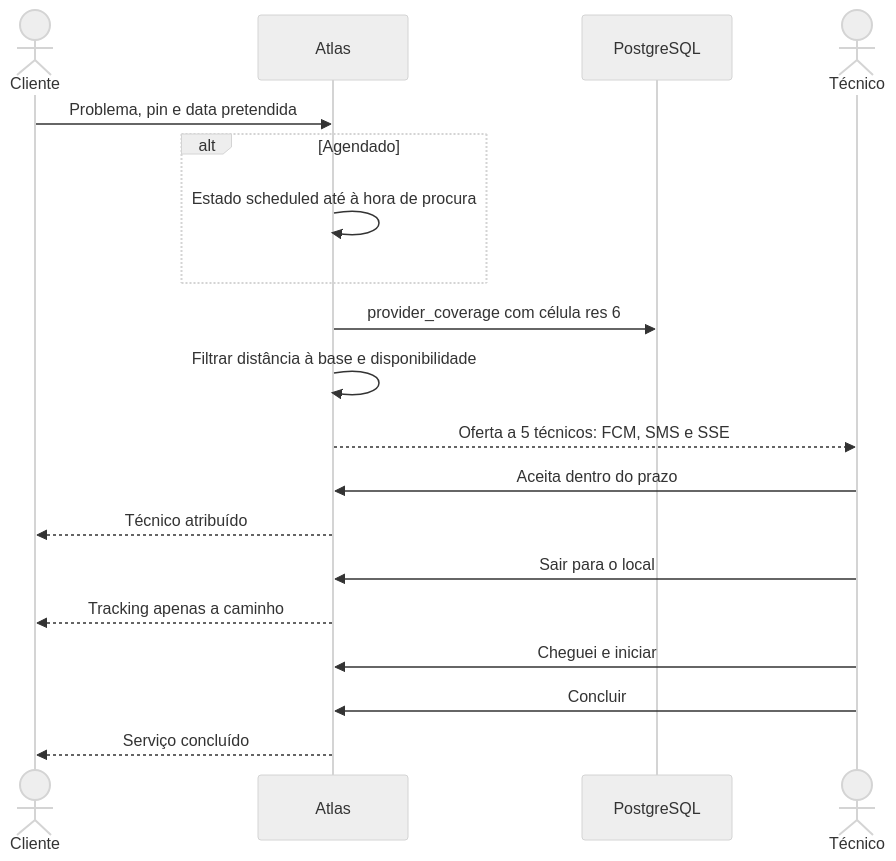
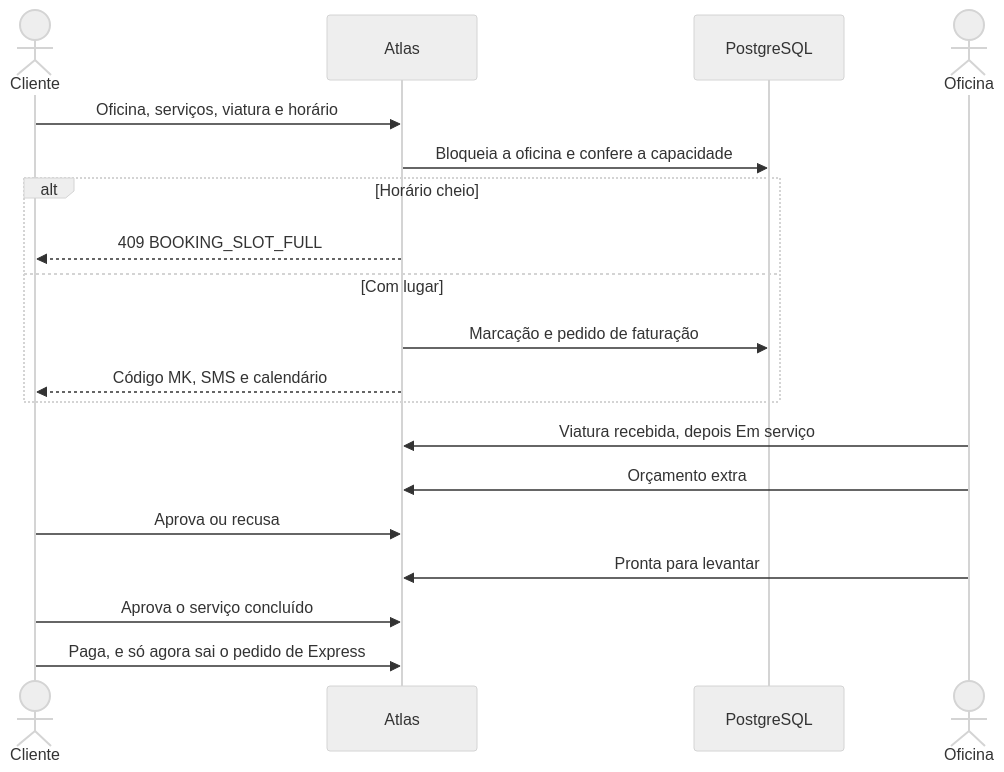
The ninth of 12 diagrams in docs/proposals/0001-despacho-geoespacial-e-tempo-real.md (Agora-Mobility/atlas), drawn with Mermaid (neutral theme) before and after one commit. The commit also changed other lines of this file, not shown here.

````diff
--- a/docs/proposals/0001-despacho-geoespacial-e-tempo-real.md
+++ b/docs/proposals/0001-despacho-geoespacial-e-tempo-real.md
@@ -645,22 +655,22 @@
 ```mermaid
 sequenceDiagram
     actor C as Cliente
     participant A as Atlas
     participant DB as PostgreSQL
-    actor T as Técnico
+    actor O as Oficina
 
-    C->>A: Problema, pin e data pretendida
-    alt Agendado
-        A->>A: Estado scheduled até à hora de procura
+    C->>A: Oficina, serviços, viatura e horário
+    A->>DB: Bloqueia a oficina e confere a capacidade
+    alt Horário cheio
+        A-->>C: 409 BOOKING_SLOT_FULL
+    else Com lugar
+        A->>DB: Marcação e pedido de faturação
+        A-->>C: Código MK, SMS e calendário
     end
-    A->>DB: provider_coverage com célula res 6
-    A->>A: Filtrar distância à base e disponibilidade
-    A-->>T: Oferta a 5 técnicos: FCM, SMS e SSE
-    T->>A: Aceita dentro do prazo
-    A-->>C: Técnico atribuído
-    T->>A: Sair para o local
-    A-->>C: Tracking apenas a caminho
-    T->>A: Cheguei e iniciar
-    T->>A: Concluir
-    A-->>C: Serviço concluído
+    O->>A: Viatura recebida, depois Em serviço
+    O->>A: Orçamento extra
+    C->>A: Aprova ou recusa
+    O->>A: Pronta para levantar
+    C->>A: Aprova o serviço concluído
+    C->>A: Paga, e só agora sai o pedido de Express
 ```
````
